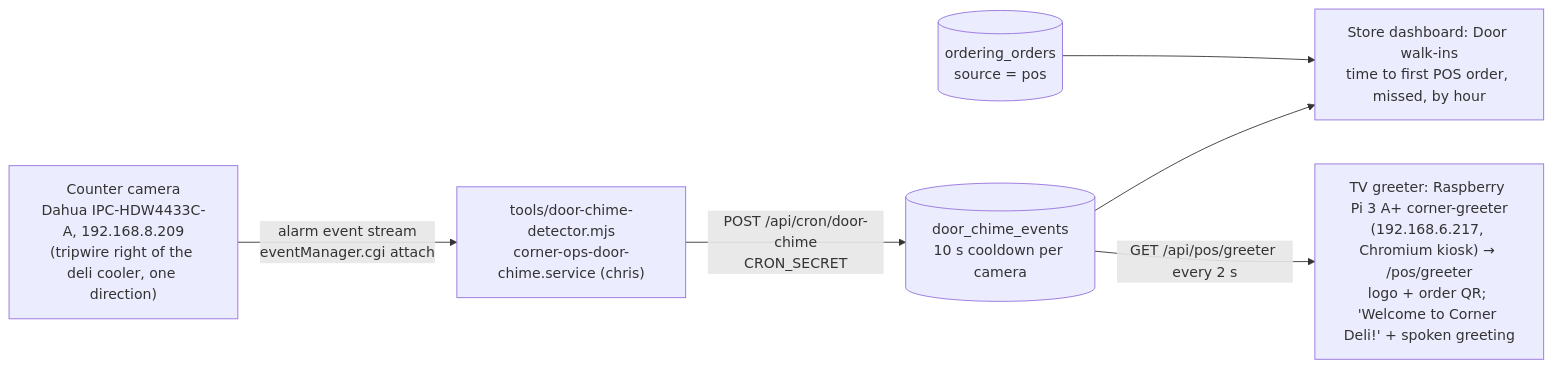
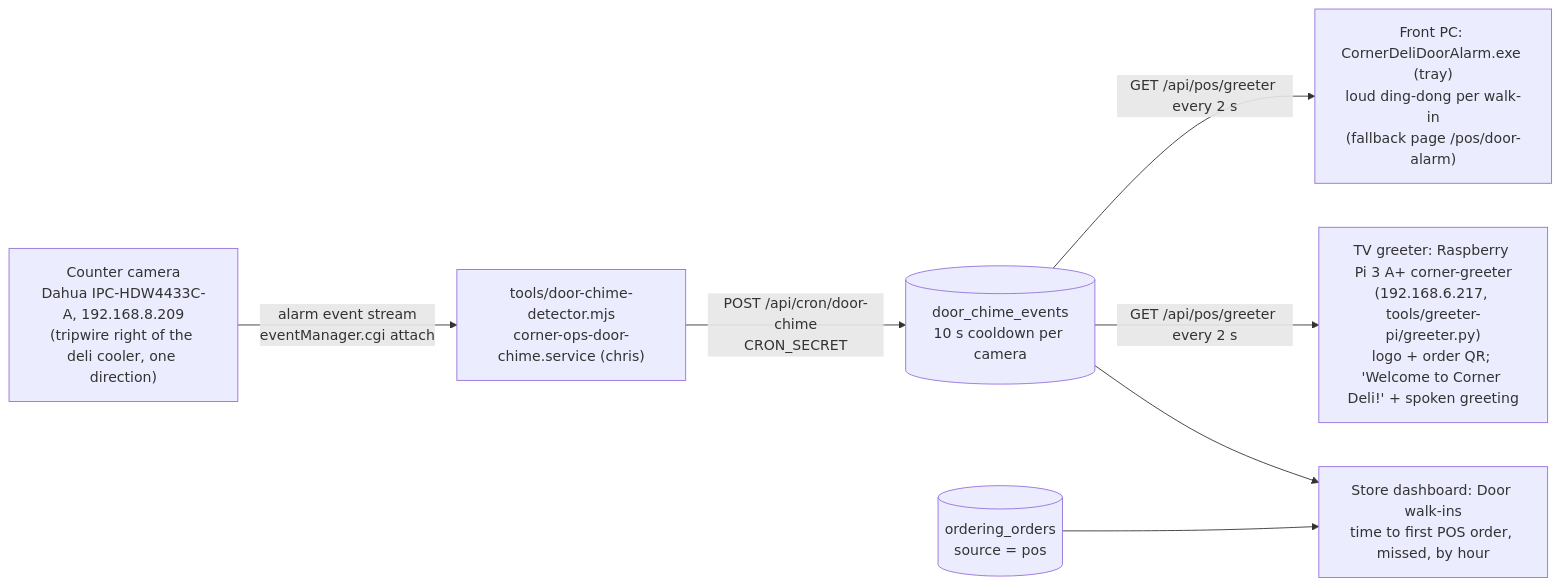
The seventh of 7 diagrams in docs/PROCESS-MAP.md (metalcoat/corner-ops), drawn with Mermaid before and after one commit. The commit also changed other lines of this file and 13 other files, not shown here.

First line of the commit message:
Front PC door alarm: Windows tray program

````diff
--- a/docs/PROCESS-MAP.md
+++ b/docs/PROCESS-MAP.md
@@ -260,8 +260,9 @@
 ```mermaid
 flowchart LR
   cam["Counter camera<br/>Dahua IPC-HDW4433C-A, 192.168.8.209<br/>(tripwire right of the deli cooler, one direction)"] -->|"alarm event stream<br/>eventManager.cgi attach"| det["tools/door-chime-detector.mjs<br/>corner-ops-door-chime.service (chris)"]
   det -->|"POST /api/cron/door-chime<br/>CRON_SECRET"| ev[(door_chime_events<br/>10 s cooldown per camera)]
   ev --> dash["Store dashboard: Door walk-ins<br/>time to first POS order, missed, by hour"]
   ord[(ordering_orders<br/>source = pos)] --> dash
-  ev -->|"GET /api/pos/greeter every 2 s"| tv["TV greeter: Raspberry Pi 3 A+ corner-greeter<br/>(192.168.6.217, Chromium kiosk) → /pos/greeter<br/>logo + order QR; 'Welcome to Corner Deli!' + spoken greeting"]
+  ev -->|"GET /api/pos/greeter every 2 s"| tv["TV greeter: Raspberry Pi 3 A+ corner-greeter<br/>(192.168.6.217, tools/greeter-pi/greeter.py)<br/>logo + order QR; 'Welcome to Corner Deli!' + spoken greeting"]
+  ev -->|"GET /api/pos/greeter every 2 s"| pc["Front PC: CornerDeliDoorAlarm.exe (tray)<br/>loud ding-dong per walk-in<br/>(fallback page /pos/door-alarm)"]
 ```
````
